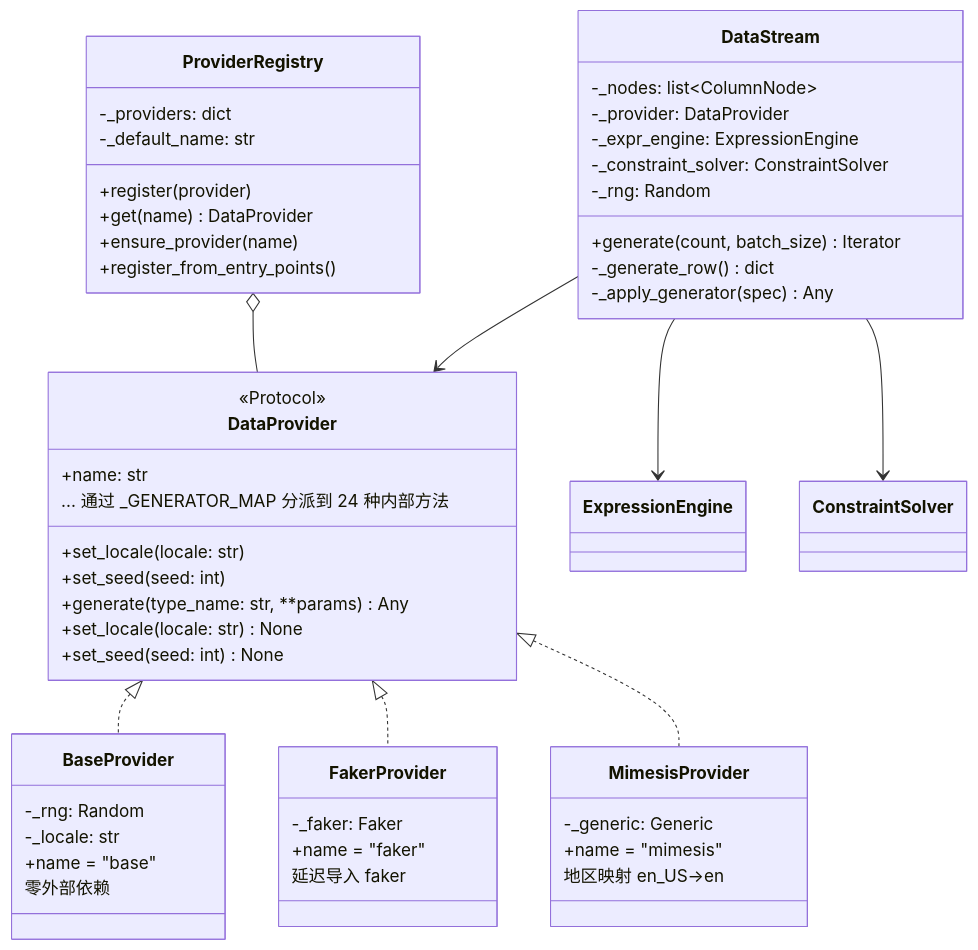
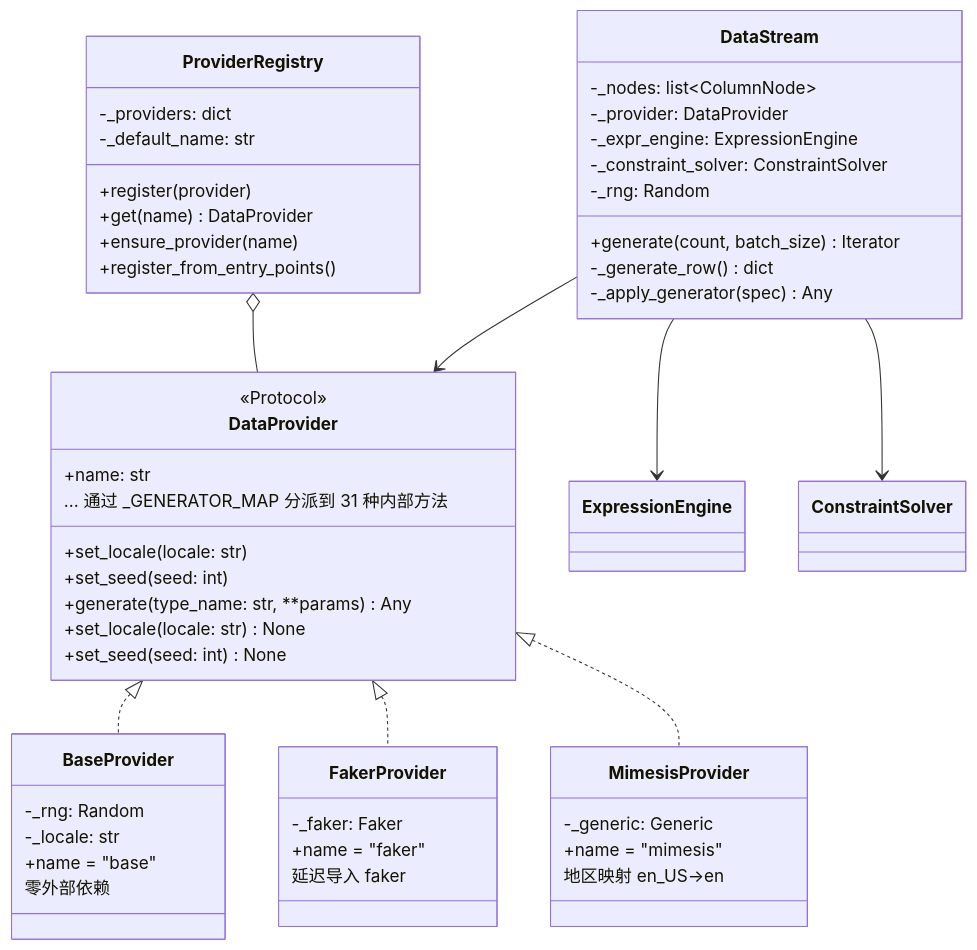
The fourth of 10 diagrams in docs/architecture.md (sunbos/sqlseed), drawn with Mermaid before and after one commit. The commit also changed other lines of this file, not shown here.

First line of the commit message:
docs: sync architecture.md with source code

````diff
--- a/docs/architecture.md
+++ b/docs/architecture.md
@@ -241,60 +246,60 @@
 ```mermaid
 classDiagram
     class DataProvider {
         <<Protocol>>
         +name: str
         +set_locale(locale: str)
         +set_seed(seed: int)
         +generate(type_name: str, **params) Any
         +set_locale(locale: str) None
         +set_seed(seed: int) None
-        ... 通过 _GENERATOR_MAP 分派到 24 种内部方法
+        ... 通过 _GENERATOR_MAP 分派到 31 种内部方法
     }
 
     class BaseProvider {
         -_rng: Random
         -_locale: str
         +name = "base"
         零外部依赖
     }
 
     class FakerProvider {
         -_faker: Faker
         +name = "faker"
         延迟导入 faker
     }
 
     class MimesisProvider {
         -_generic: Generic
         +name = "mimesis"
         地区映射 en_US→en
     }
 
     class ProviderRegistry {
         -_providers: dict
         -_default_name: str
         +register(provider)
         +get(name) DataProvider
         +ensure_provider(name)
         +register_from_entry_points()
     }
 
     class DataStream {
         -_nodes: list~ColumnNode~
         -_provider: DataProvider
         -_expr_engine: ExpressionEngine
         -_constraint_solver: ConstraintSolver
         -_rng: Random
         +generate(count, batch_size) Iterator
         -_generate_row() dict
         -_apply_generator(spec) Any
     }
 
     DataProvider <|.. BaseProvider
     DataProvider <|.. FakerProvider
     DataProvider <|.. MimesisProvider
     ProviderRegistry o-- DataProvider
     DataStream --> DataProvider
     DataStream --> ExpressionEngine
     DataStream --> ConstraintSolver
 ```
````
